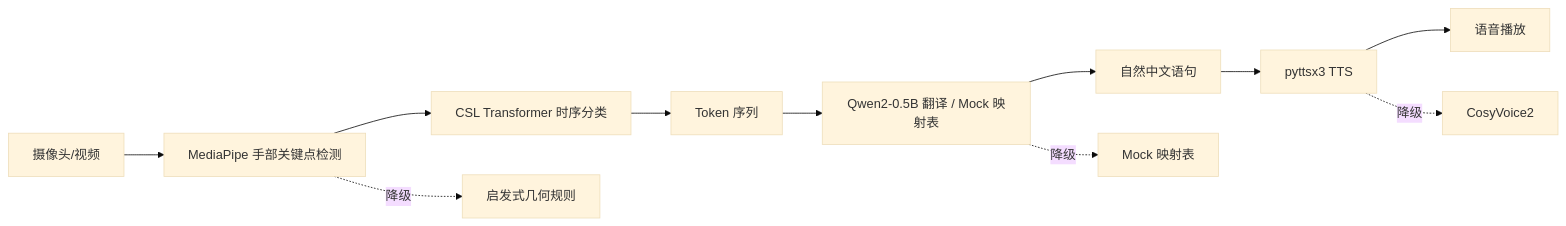
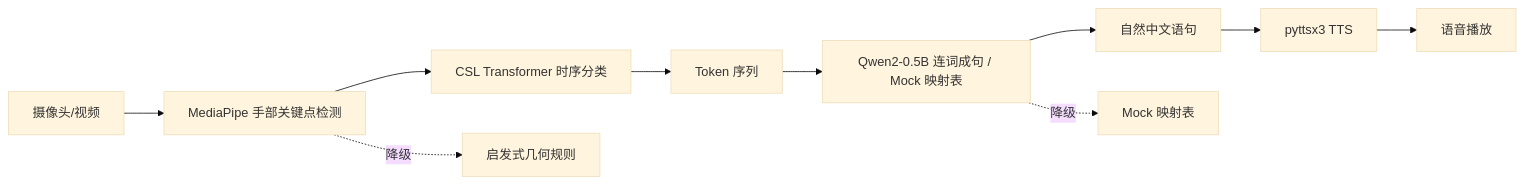
The diagram in README.md (pzzzwww/Sign-Language-Translation), drawn with Mermaid (base theme) before and after one commit. The commit also changed other lines of this file and 18 other files, not shown here.

````diff
--- a/README.md
+++ b/README.md
@@ -13,14 +13,13 @@
 ```mermaid
 graph LR
     A[摄像头/视频] --> B[MediaPipe 手部关键点检测]
     B --> C[CSL Transformer 时序分类]
     C --> D[Token 序列]
-    D --> E[Qwen2-0.5B 翻译 / Mock 映射表]
+    D --> E[Qwen2-0.5B 连词成句 / Mock 映射表]
     E --> F[自然中文语句]
     F --> G[pyttsx3 TTS]
     G --> H[语音播放]
 
     B -.->|降级| I[启发式几何规则]
     E -.->|降级| J[Mock 映射表]
-    G -.->|降级| K[CosyVoice2]
 ```
````
